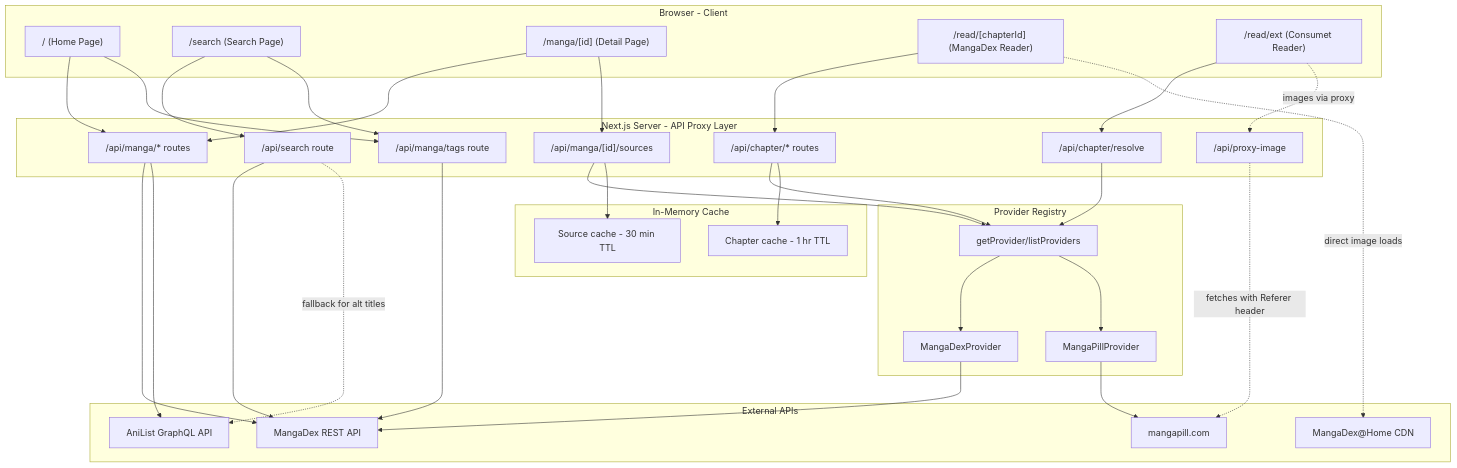
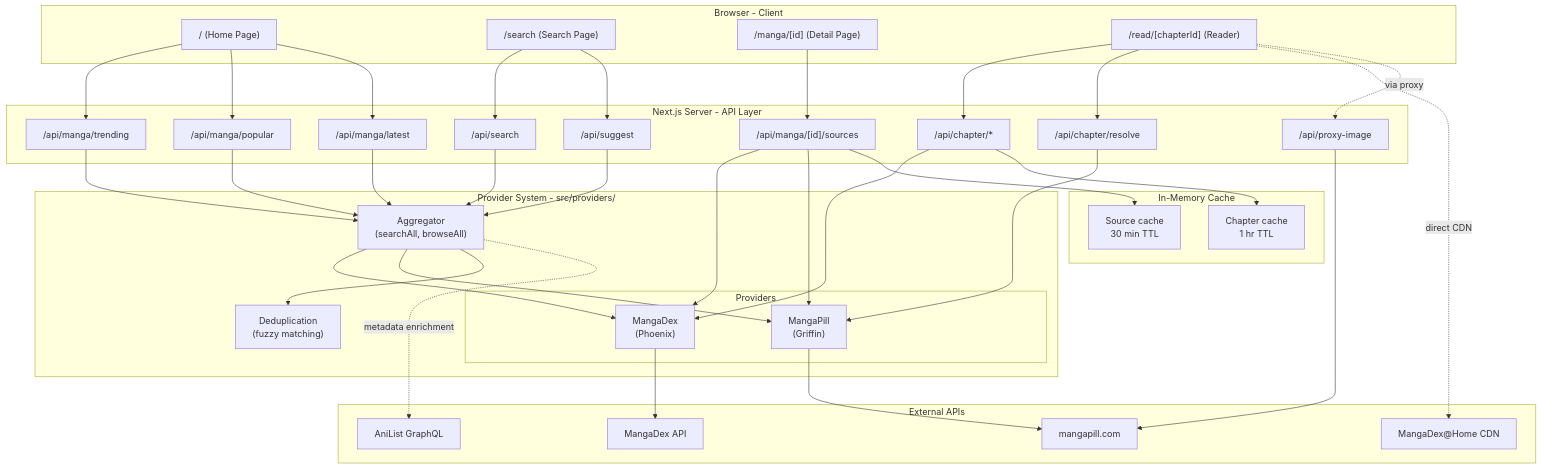
The first of 8 diagrams in docs/ARCHITECTURE.md (FluxoGen/tanso), drawn with Mermaid before and after one commit. The commit also changed other lines of this file and 43 other files, not shown here.

First line of the commit message:
feat: Consolidate provider system with unified aggregator and multi-source support (#8)

````diff
--- a/docs/ARCHITECTURE.md
+++ b/docs/ARCHITECTURE.md
@@ -24,67 +24,84 @@
         HomePage["/ (Home Page)"]
         SearchPage["/search (Search Page)"]
         MangaDetail["/manga/[id] (Detail Page)"]
-        Reader["/read/[chapterId] (MangaDex Reader)"]
-        ExtReader["/read/ext (Consumet Reader)"]
+        Reader["/read/[chapterId] (Reader)"]
     end
 
-    subgraph nextjs [Next.js Server - API Proxy Layer]
-        MangaRoutes["/api/manga/* routes"]
+    subgraph nextjs [Next.js Server - API Layer]
+        SearchRoute["/api/search"]
+        SuggestRoute["/api/suggest"]
+        TrendingRoute["/api/manga/trending"]
+        PopularRoute["/api/manga/popular"]
+        LatestRoute["/api/manga/latest"]
         SourcesRoute["/api/manga/[id]/sources"]
-        ChapterRoutes["/api/chapter/* routes"]
+        ChapterRoutes["/api/chapter/*"]
         ResolveRoute["/api/chapter/resolve"]
-        SearchRoute["/api/search route"]
-        TagsRoute["/api/manga/tags route"]
         ProxyRoute["/api/proxy-image"]
     end
 
-    subgraph registry [Provider Registry]
-        ProvReg["getProvider/listProviders"]
-        MdProv["MangaDexProvider"]
-        MrProv["MangaPillProvider"]
+    subgraph providers [Provider System - src/providers/]
+        Aggregator["Aggregator\n(searchAll, browseAll)"]
+        Dedup["Deduplication\n(fuzzy matching)"]
+
+        subgraph providerInstances [Providers]
+            MdProv["MangaDex\n(Phoenix)"]
+            MpProv["MangaPill\n(Griffin)"]
+        end
     end
 
     subgraph cacheLayer [In-Memory Cache]
-        SrcCache["Source cache - 30 min TTL"]
-        ChCache["Chapter cache - 1 hr TTL"]
+        SrcCache["Source cache\n30 min TTL"]
+        ChCache["Chapter cache\n1 hr TTL"]
     end
 
     subgraph external [External APIs]
-        MangaDex["MangaDex REST API"]
-        AniList["AniList GraphQL API"]
+        MangaDex["MangaDex API"]
+        MangaPill["mangapill.com"]
+        AniList["AniList GraphQL"]
         MangaDexCDN["MangaDex@Home CDN"]
-        MangaPillSite["mangapill.com"]
     end
 
-    HomePage --> MangaRoutes
-    HomePage --> TagsRoute
+    %% Client to API routes
+    HomePage --> TrendingRoute
+    HomePage --> PopularRoute
+    HomePage --> LatestRoute
     SearchPage --> SearchRoute
-    SearchPage --> TagsRoute
-    MangaDetail --> MangaRoutes
+    SearchPage --> SuggestRoute
     MangaDetail --> SourcesRoute
     Reader --> ChapterRoutes
-    ExtReader --> ResolveRoute
+    Reader --> ResolveRoute
 
-    SourcesRoute --> ProvReg
-    ChapterRoutes --> ProvReg
-    ResolveRoute --> ProvReg
+    %% Multi-source discovery routes use Aggregator
+    SearchRoute --> Aggregator
+    SuggestRoute --> Aggregator
+    TrendingRoute --> Aggregator
+    PopularRoute --> Aggregator
+    LatestRoute --> Aggregator
 
-    ProvReg --> MdProv
-    ProvReg --> MrProv
+    %% Aggregator queries all providers
+    Aggregator --> MdProv
+    Aggregator --> MpProv
+    Aggregator --> Dedup
 
+    %% Source discovery and chapter resolution
+    SourcesRoute --> MdProv
+    SourcesRoute --> MpProv
+    ChapterRoutes --> MdProv
+    ResolveRoute --> MpProv
+
+    %% Provider to external API connections
     MdProv --> MangaDex
-    MrProv --> MangaPillSite
+    MpProv --> MangaPill
 
-    MangaRoutes --> MangaDex
-    MangaRoutes --> AniList
-    SearchRoute --> MangaDex
-    SearchRoute -.->|"fallback for alt titles"| AniList
-    TagsRoute --> MangaDex
+    %% AniList enrichment
+    Aggregator -.->|"metadata enrichment"| AniList
 
+    %% Caching
     SourcesRoute --> SrcCache
     ChapterRoutes --> ChCache
 
-    Reader -.->|"direct image loads"| MangaDexCDN
-    ExtReader -.->|"images via proxy"| ProxyRoute
-    ProxyRoute -.->|"fetches with Referer header"| MangaPillSite
+    %% Image delivery
+    Reader -.->|"direct CDN"| MangaDexCDN
+    Reader -.->|"via proxy"| ProxyRoute
+    ProxyRoute --> MangaPill
 ```
````
